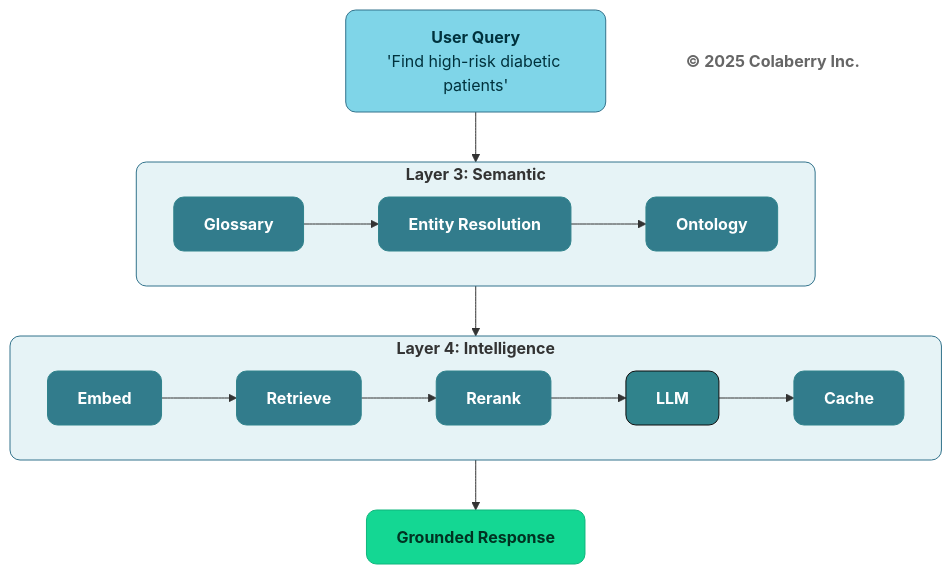
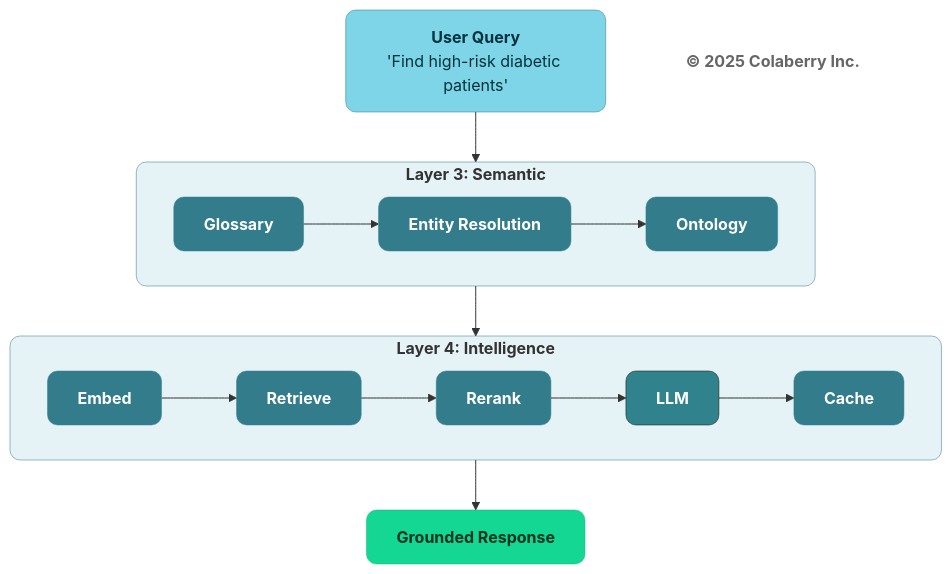
Diagram 13 of 13 in manuscript/06_chapter_5_intelligence_layers.md (saitejesh-cyber/trust-before-intelligence-book), drawn with Mermaid before and after one commit. The commit also changed other lines of this file and 12 other files, not shown here.

Commit message:
Update stroke width to 0.5px instead of 1px to all the diagrams

````diff
--- a/manuscript/06_chapter_5_intelligence_layers.md
+++ b/manuscript/06_chapter_5_intelligence_layers.md
@@ -1237,36 +1237,36 @@
 ```mermaid
 graph TB
     USER["<b>User Query</b><br/>'Find high-risk diabetic patients'"]
     
     subgraph L3["<b>Layer 3: Semantic</b>"]
         direction LR
         GLOSS["<b>Glossary</b>"] --> ENTITY["<b>Entity Resolution</b>"] --> ONTO["<b>Ontology</b>"]
     end
     
     subgraph L4["<b>Layer 4: Intelligence</b>"]
         direction LR
         EMBED["<b>Embed</b>"] --> HYBRID["<b>Retrieve</b>"] --> RERANK["<b>Rerank</b>"] --> LLM["<b>LLM</b>"] --> CACHE["<b>Cache</b>"]
     end
     
     RESPONSE["<b>Grounded Response</b>"]
     
     USER --> L3
     L3 --> L4
     L4 --> RESPONSE
     
     Copyright["<b>© 2025 Colaberry Inc.</b>"]
     
-    style USER fill:#7FD5E8,stroke:#32738C,stroke-width:1px,color:#00323D,rx:10,ry:10
-    style L3 fill:#E6F3F6,stroke:#32738C,stroke-width:1px,rx:10,ry:10
-    style L4 fill:#E6F3F6,stroke:#32738C,stroke-width:1px,rx:10,ry:10
-    style GLOSS fill:#327C8C,stroke:#30838C,stroke-width:1px,color:#ffffff,rx:10,ry:10
-    style ENTITY fill:#327C8C,stroke:#30838C,stroke-width:1px,color:#ffffff,rx:10,ry:10
-    style ONTO fill:#327C8C,stroke:#30838C,stroke-width:1px,color:#ffffff,rx:10,ry:10
-    style EMBED fill:#327C8C,stroke:#30838C,stroke-width:1px,color:#ffffff,rx:10,ry:10
-    style HYBRID fill:#327C8C,stroke:#30838C,stroke-width:1px,color:#ffffff,rx:10,ry:10
-    style RERANK fill:#327C8C,stroke:#30838C,stroke-width:1px,color:#ffffff,rx:10,ry:10
-    style LLM fill:#30838C,color:#ffffff,stroke:#0D0D0D,stroke-width:1px,rx:10,ry:10
-    style CACHE fill:#327C8C,stroke:#30838C,stroke-width:1px,color:#ffffff,rx:10,ry:10
-    style RESPONSE fill:#14D793,color:#003322,stroke:#0FB67D,stroke-width:1px,rx:10,ry:10
+    style USER fill:#7FD5E8,stroke:#32738C,stroke-width:0.5px,color:#00323D,rx:10,ry:10
+    style L3 fill:#E6F3F6,stroke:#32738C,stroke-width:0.5px,rx:10,ry:10
+    style L4 fill:#E6F3F6,stroke:#32738C,stroke-width:0.5px,rx:10,ry:10
+    style GLOSS fill:#327C8C,stroke:#30838C,stroke-width:0.5px,color:#ffffff,rx:10,ry:10
+    style ENTITY fill:#327C8C,stroke:#30838C,stroke-width:0.5px,color:#ffffff,rx:10,ry:10
+    style ONTO fill:#327C8C,stroke:#30838C,stroke-width:0.5px,color:#ffffff,rx:10,ry:10
+    style EMBED fill:#327C8C,stroke:#30838C,stroke-width:0.5px,color:#ffffff,rx:10,ry:10
+    style HYBRID fill:#327C8C,stroke:#30838C,stroke-width:0.5px,color:#ffffff,rx:10,ry:10
+    style RERANK fill:#327C8C,stroke:#30838C,stroke-width:0.5px,color:#ffffff,rx:10,ry:10
+    style LLM fill:#30838C,color:#ffffff,stroke:#0D0D0D,stroke-width:0.5px,rx:10,ry:10
+    style CACHE fill:#327C8C,stroke:#30838C,stroke-width:0.5px,color:#ffffff,rx:10,ry:10
+    style RESPONSE fill:#14D793,color:#003322,stroke:#0FB67D,stroke-width:0.5px,rx:10,ry:10
     style Copyright fill:none,stroke:none,color:#666666
 ```
````
